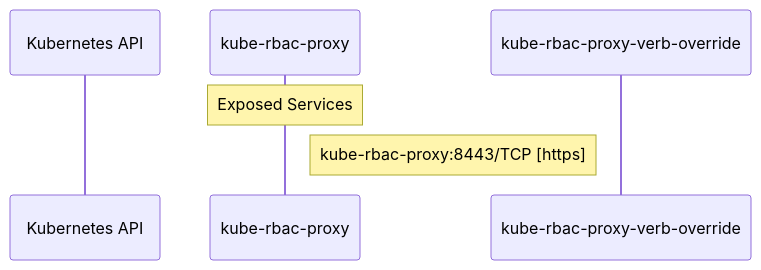
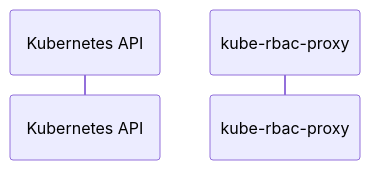
One commit to ugiordan/architecture-analyzer changed the diagram in site/docs/rhoai-platform/components/kube_rbac_proxy/dataflow.md. Above: the diagram before and after it, drawn with Mermaid. The commit also changed other lines of this file and 299 other files, not shown here.

````diff
--- a/site/docs/rhoai-platform/components/kube_rbac_proxy/dataflow.md
+++ b/site/docs/rhoai-platform/components/kube_rbac_proxy/dataflow.md
@@ -13,12 +13,7 @@
 ```mermaid
 sequenceDiagram
     %% Static dataflow for kube-rbac-proxy
 
     participant KubernetesAPI as Kubernetes API
     participant kube_rbac_proxy as kube-rbac-proxy
-    participant kube_rbac_proxy_verb_override as kube-rbac-proxy-verb-override
-
-
-    Note over kube_rbac_proxy: Exposed Services
-    Note right of kube_rbac_proxy: kube-rbac-proxy:8443/TCP [https]
 ```
````
